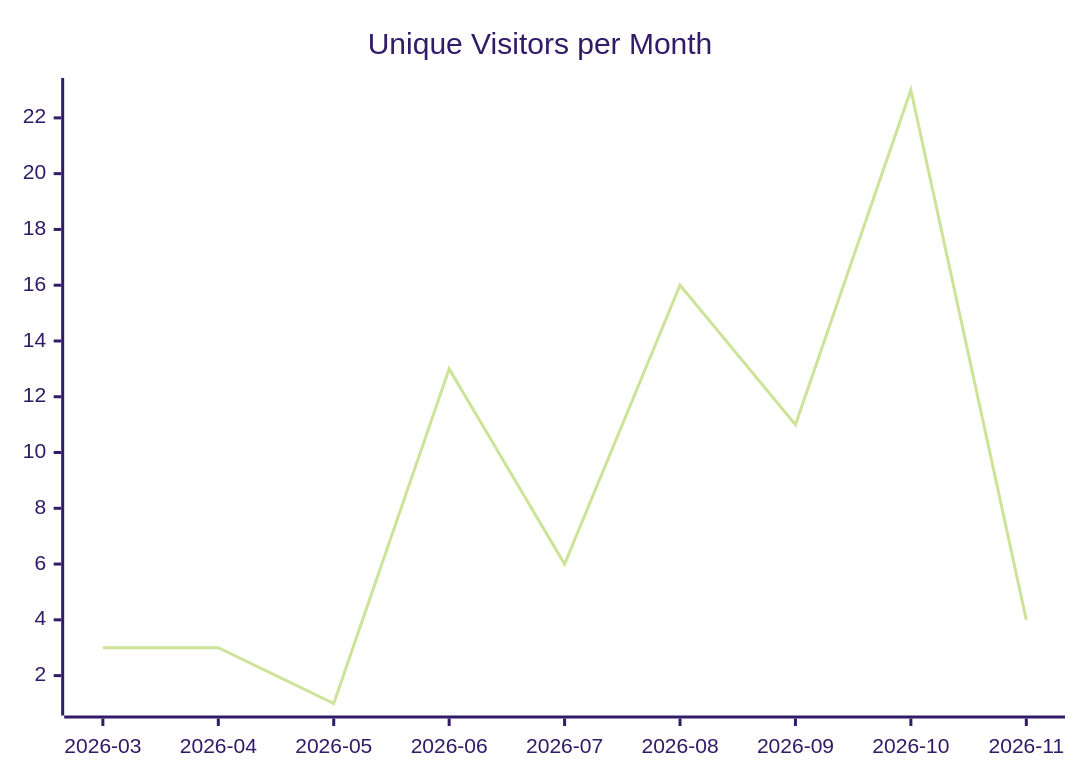
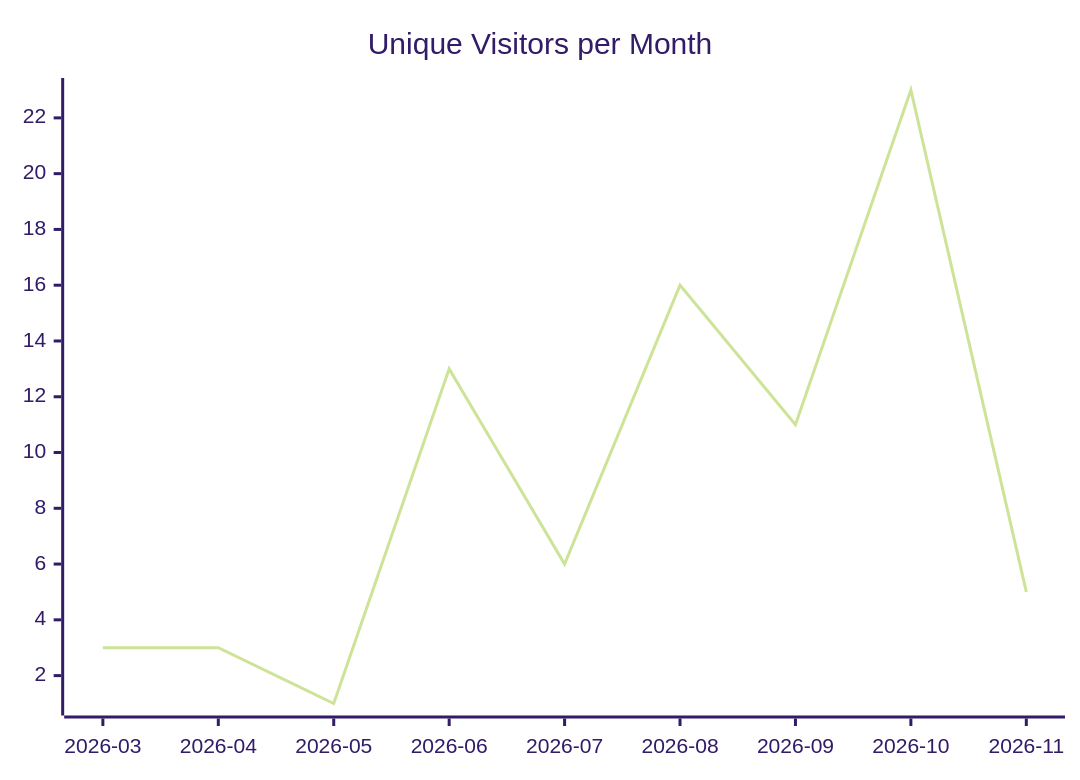
The first of 3 diagrams in karlmdavis/rps-tourney/README.md (justdavis-family/github-analytics-data), drawn with Mermaid (forest theme) before and after one commit. The commit also changed other lines of this file and 188 other files, not shown here.

````diff
--- a/karlmdavis/rps-tourney/README.md
+++ b/karlmdavis/rps-tourney/README.md
@@ -5,6 +5,6 @@
 ```mermaid
 xychart-beta
   title "Unique Visitors per Month"
   x-axis ["2026-03", "2026-04", "2026-05", "2026-06", "2026-07", "2026-08", "2026-09", "2026-10", "2026-11"]
-  line [3, 3, 1, 13, 6, 16, 11, 23, 4]
+  line [3, 3, 1, 13, 6, 16, 11, 23, 5]
 ```
````
